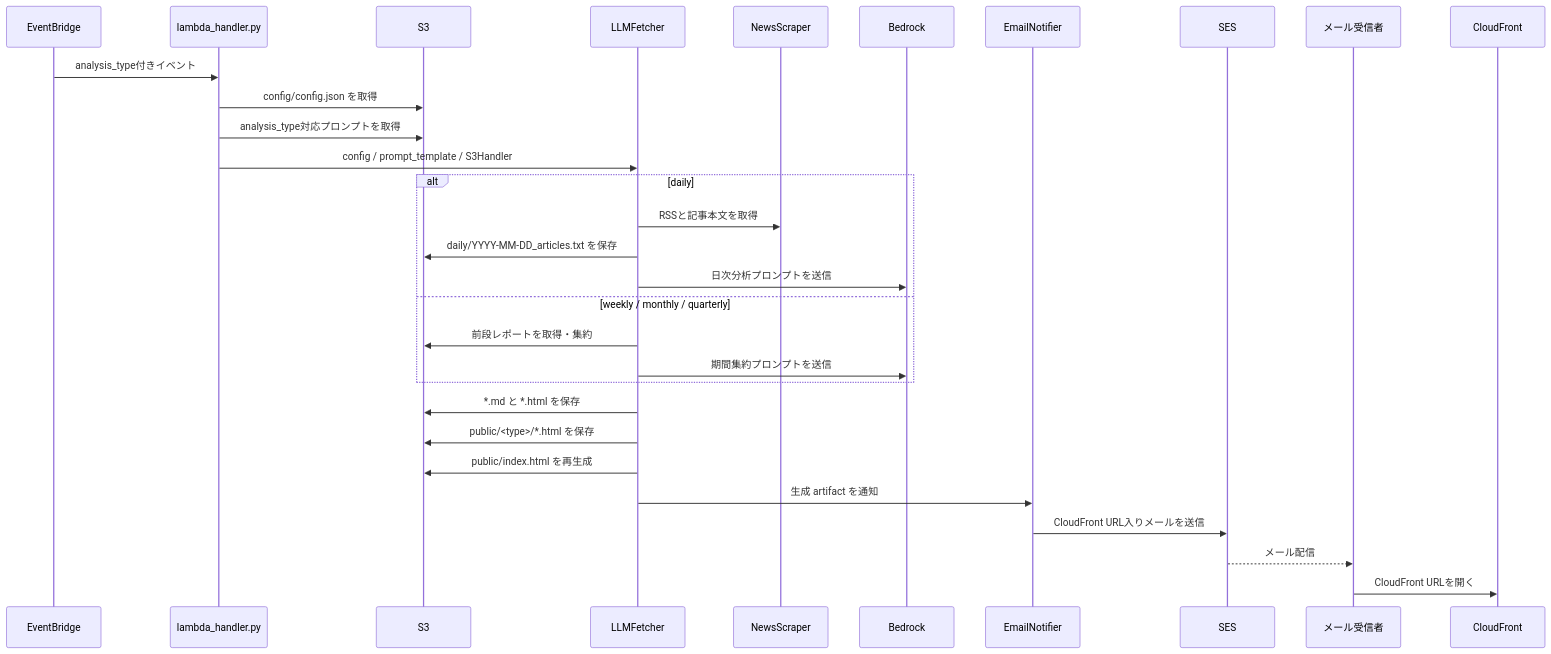
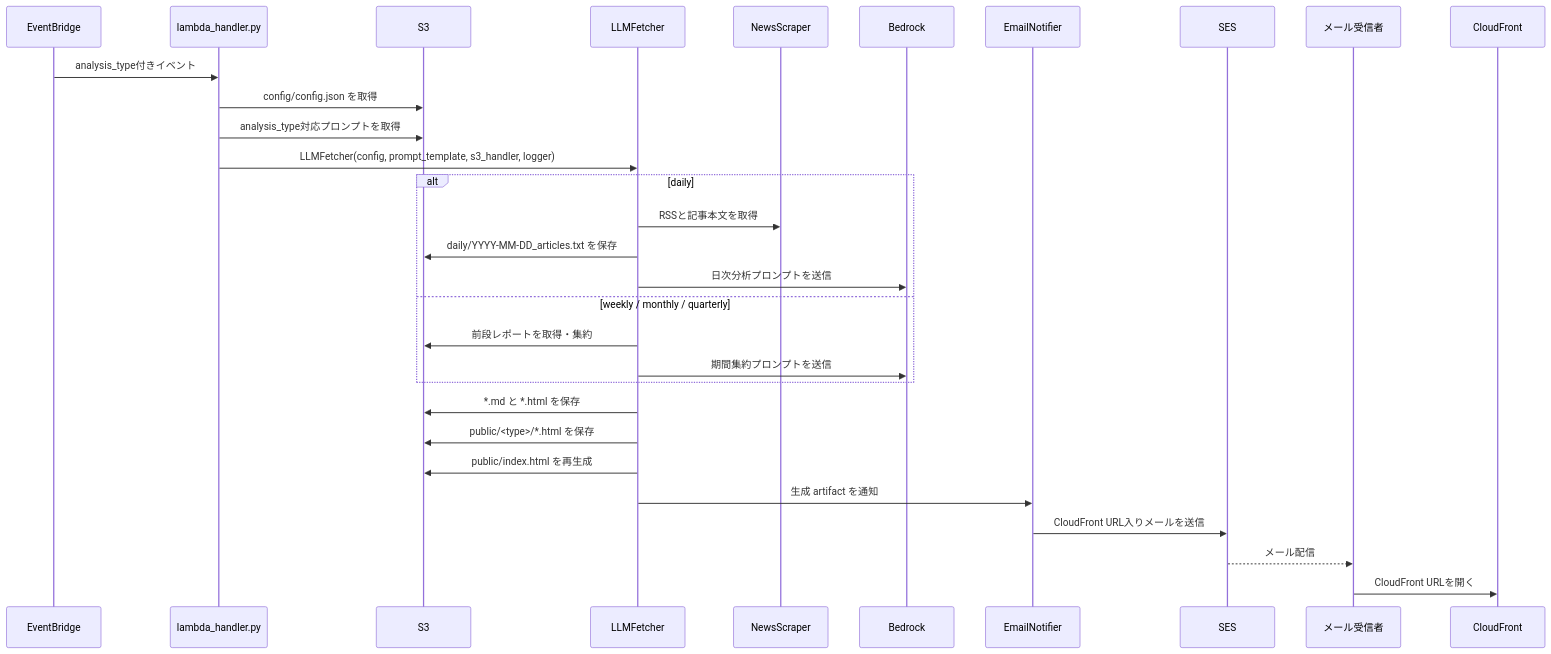
One commit to KillerBee-0826/autollmgetter changed the second of 3 diagrams in docs/system-architecture.md. Above: the diagram before and after it, drawn with Mermaid. The commit also changed other lines of this file and 1 other file, not shown here.

Commit message:
docs: 現行構成に合わせて開発文書を更新

````diff
--- a/docs/system-architecture.md
+++ b/docs/system-architecture.md
@@ -48,35 +48,35 @@
 ```mermaid
 sequenceDiagram
   participant EB as EventBridge
   participant LH as lambda_handler.py
   participant S3 as S3
   participant LF as LLMFetcher
   participant NS as NewsScraper
   participant BR as Bedrock
   participant EN as EmailNotifier
   participant SES as SES
   participant Mail as メール受信者
   participant CF as CloudFront
 
   EB->>LH: analysis_type付きイベント
   LH->>S3: config/config.json を取得
   LH->>S3: analysis_type対応プロンプトを取得
-  LH->>LF: config / prompt_template / S3Handler
+  LH->>LF: LLMFetcher(config, prompt_template, s3_handler, logger)
 
   alt daily
     LF->>NS: RSSと記事本文を取得
     LF->>S3: daily/YYYY-MM-DD_articles.txt を保存
     LF->>BR: 日次分析プロンプトを送信
   else weekly / monthly / quarterly
     LF->>S3: 前段レポートを取得・集約
     LF->>BR: 期間集約プロンプトを送信
   end
 
   LF->>S3: *.md と *.html を保存
   LF->>S3: public/<type>/*.html を保存
   LF->>S3: public/index.html を再生成
   LF->>EN: 生成 artifact を通知
   EN->>SES: CloudFront URL入りメールを送信
   SES-->>Mail: メール配信
   Mail->>CF: CloudFront URLを開く
 ```
````
